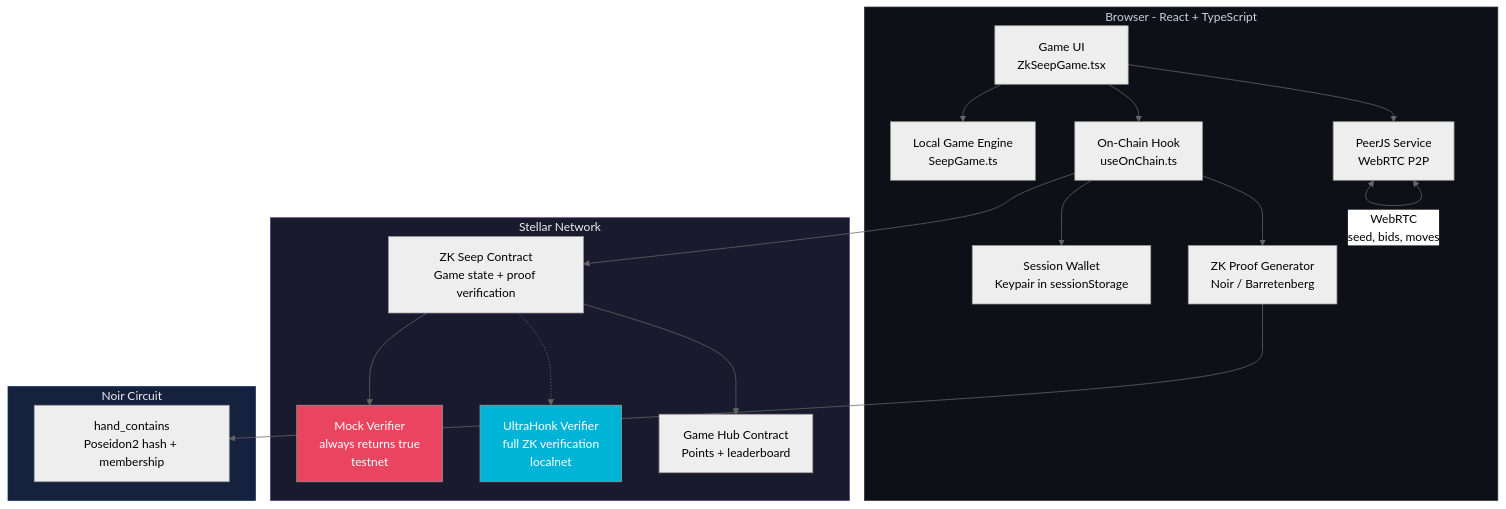
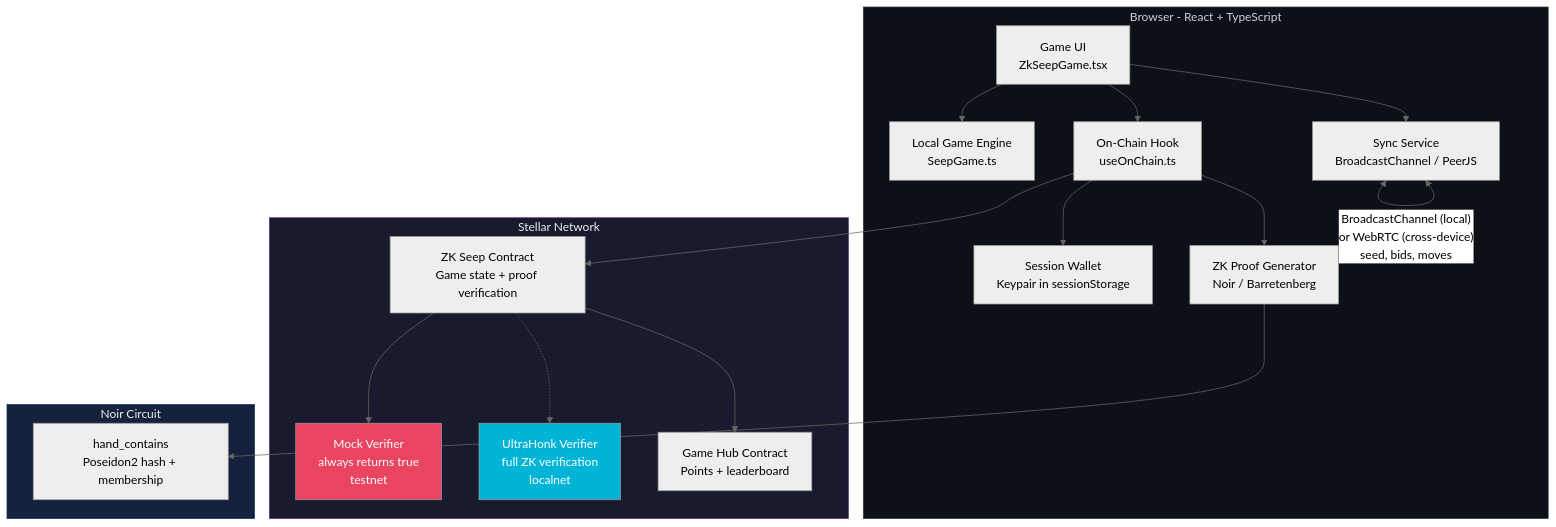
One commit to Shreshtthh/ZK-Seep changed the second of 3 diagrams in README.md. Above: the diagram before and after it, drawn with Mermaid (neutral theme). The commit also changed other lines of this file and 1 other file, not shown here.

````diff
--- a/README.md
+++ b/README.md
@@ -118,41 +118,41 @@
 ```mermaid
 graph TB
     subgraph Browser["Browser - React + TypeScript"]
         UI["Game UI<br/>ZkSeepGame.tsx"]
         Engine["Local Game Engine<br/>SeepGame.ts"]
-        Peer["PeerJS Service<br/>WebRTC P2P"]
+        Sync["Sync Service<br/>BroadcastChannel / PeerJS"]
         Session["Session Wallet<br/>Keypair in sessionStorage"]
         ZkProof["ZK Proof Generator<br/>Noir / Barretenberg"]
         OnChain["On-Chain Hook<br/>useOnChain.ts"]
     end
 
     subgraph Stellar["Stellar Network"]
         ZkSeep["ZK Seep Contract<br/>Game state + proof verification"]
         MockVerifier["Mock Verifier<br/>always returns true<br/>testnet"]
         RealVerifier["UltraHonk Verifier<br/>full ZK verification<br/>localnet"]
         GameHub["Game Hub Contract<br/>Points + leaderboard"]
     end
 
     subgraph Circuit["Noir Circuit"]
         HC["hand_contains<br/>Poseidon2 hash + membership"]
     end
 
     UI --> Engine
-    UI --> Peer
+    UI --> Sync
     UI --> OnChain
     OnChain --> Session
     OnChain --> ZkSeep
     ZkSeep --> MockVerifier
     ZkSeep -.-> RealVerifier
     ZkSeep --> GameHub
     ZkProof --> HC
     OnChain --> ZkProof
 
-    Peer <-->|"WebRTC<br/>seed, bids, moves"| Peer
+    Sync <-->|"BroadcastChannel (local)<br/>or WebRTC (cross-device)<br/>seed, bids, moves"| Sync
 
     style Browser fill:#0d1117,color:#c9d1d9,stroke:#30363d
     style Stellar fill:#1a1a2e,color:#eee,stroke:#533483
     style Circuit fill:#16213e,color:#eee,stroke:#0f3460
     style MockVerifier fill:#e94560,color:#fff
     style RealVerifier fill:#00b4d8,color:#fff
 ```
````
